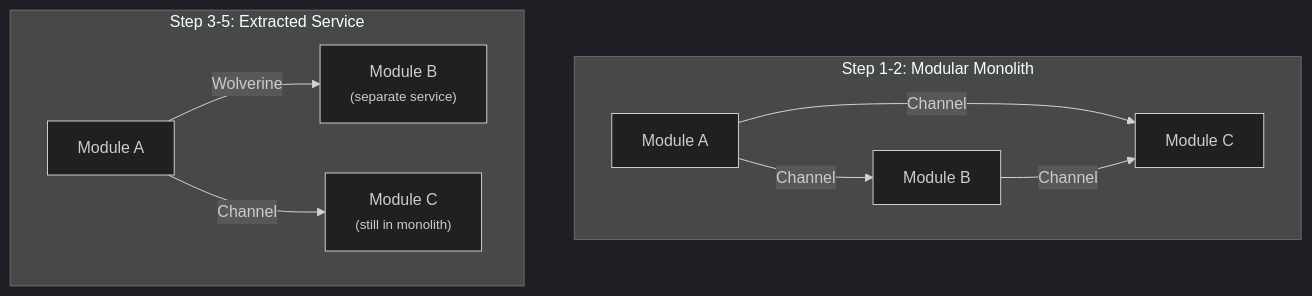
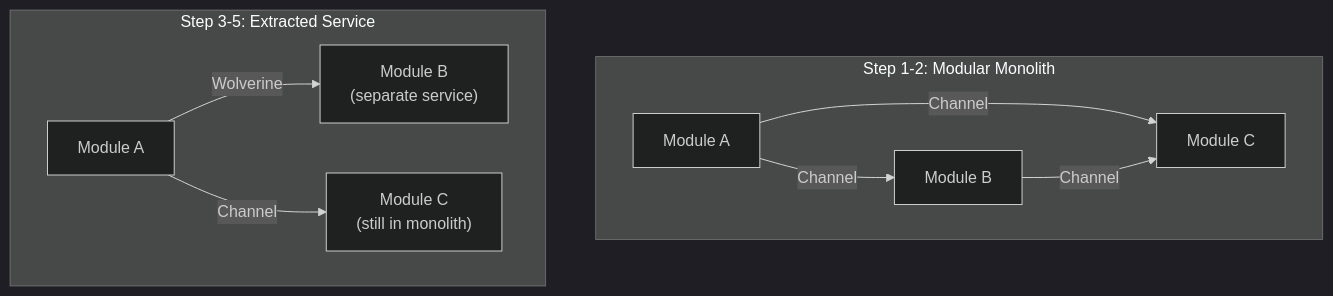
Before and after one commit to enraiz/granit-dotnet: the second of 2 diagrams in docs-site/src/content/docs/concepts/modular-monolith-vs-microservices.mdx, drawn with Mermaid (dark theme). The commit also changed other lines of this file and 7 other files, not shown here.

First line of the commit message:
fix(docs): escape angle brackets and HTML tags in Mermaid diagrams

````diff
--- a/docs-site/src/content/docs/concepts/modular-monolith-vs-microservices.mdx
+++ b/docs-site/src/content/docs/concepts/modular-monolith-vs-microservices.mdx
@@ -124,14 +124,14 @@
 ```mermaid
 graph TB
     subgraph "Step 1-2: Modular Monolith"
         M1["Module A"] -->|Channel| M2["Module B"]
         M1 -->|Channel| M3["Module C"]
         M2 -->|Channel| M3
     end
 
     subgraph "Step 3-5: Extracted Service"
         N1["Module A"] -->|Wolverine| N2["Module B"]
-        N1 -->|Channel| N3["Module C<br/><small>(still in monolith)</small>"]
-        N2["Module B<br/><small>(separate service)</small>"]
+        N1 -->|Channel| N3["Module C\n(still in monolith)"]
+        N2["Module B\n(separate service)"]
     end
 ```
````
